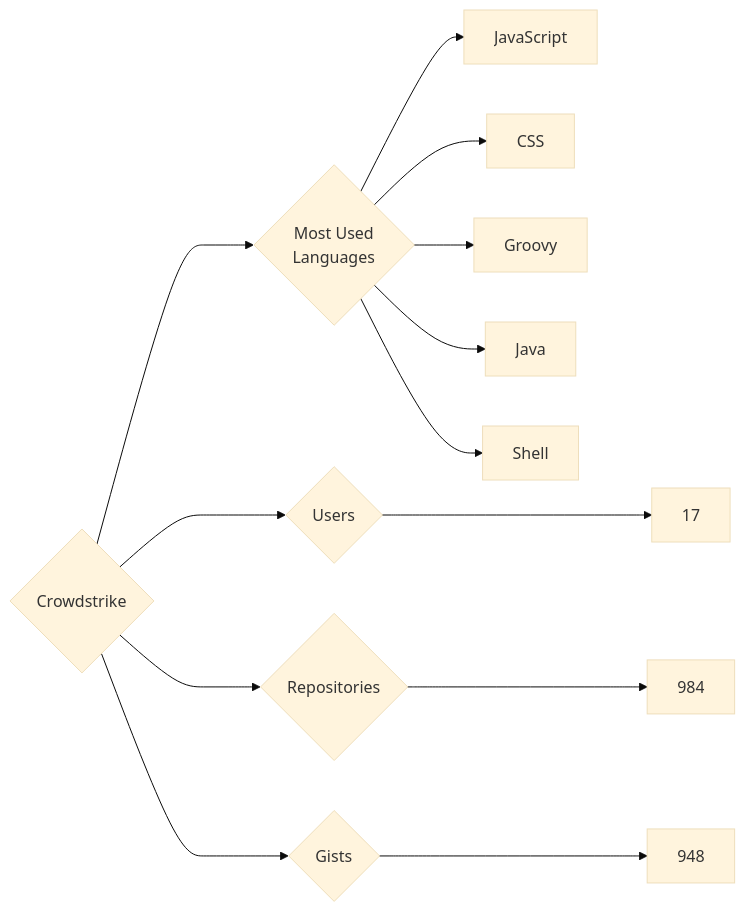
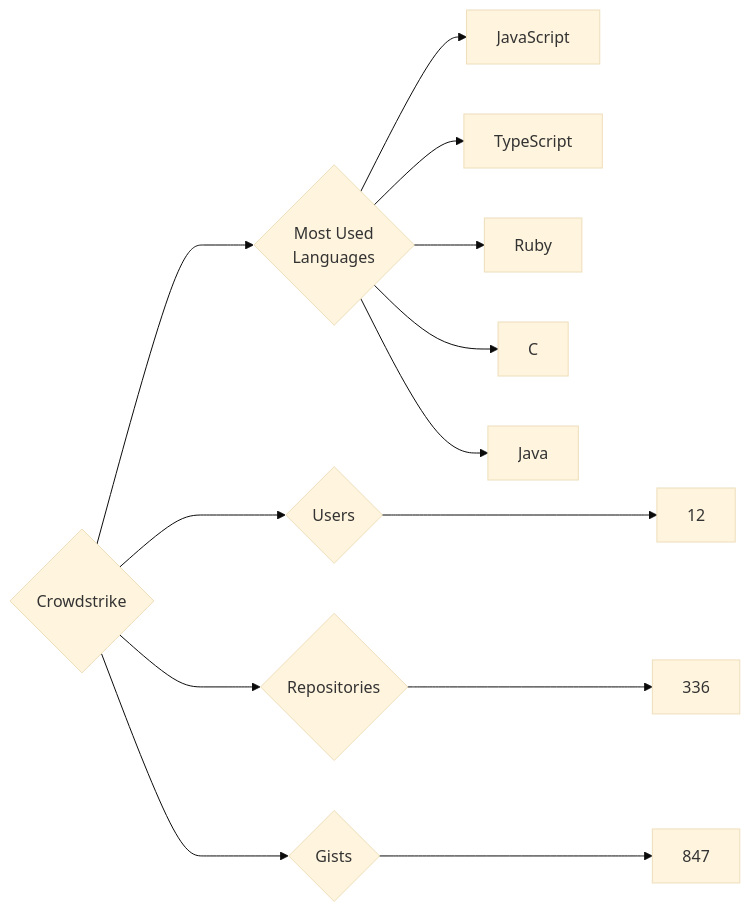
One commit to trickest/insiders changed the diagram in targets/Crowdstrike/README.md. Above: the diagram before and after it, drawn with Mermaid (base theme). The commit also changed 873 other files, not shown here.

````diff
--- a/targets/Crowdstrike/README.md
+++ b/targets/Crowdstrike/README.md
@@ -3,13 +3,13 @@
 ```mermaid
 graph LR
 COMPANY_NAME{Crowdstrike}
-COMPANY_NAME ---> U{Users} ---> UN[17]
-COMPANY_NAME ---> R{Repositories} ---> RN[984]
-COMPANY_NAME ---> G{Gists} ---> GN[948]
+COMPANY_NAME ---> U{Users} ---> UN[12]
+COMPANY_NAME ---> R{Repositories} ---> RN[336]
+COMPANY_NAME ---> G{Gists} ---> GN[847]
 COMPANY_NAME ---> ML{Most Used<br>Languages}
 ML --> JavaScript[JavaScript]
-ML --> CSS[CSS]
-ML --> Groovy[Groovy]
+ML --> TypeScript[TypeScript]
+ML --> Ruby[Ruby]
+ML --> C[C]
 ML --> Java[Java]
-ML --> Shell[Shell]
 ```
````
